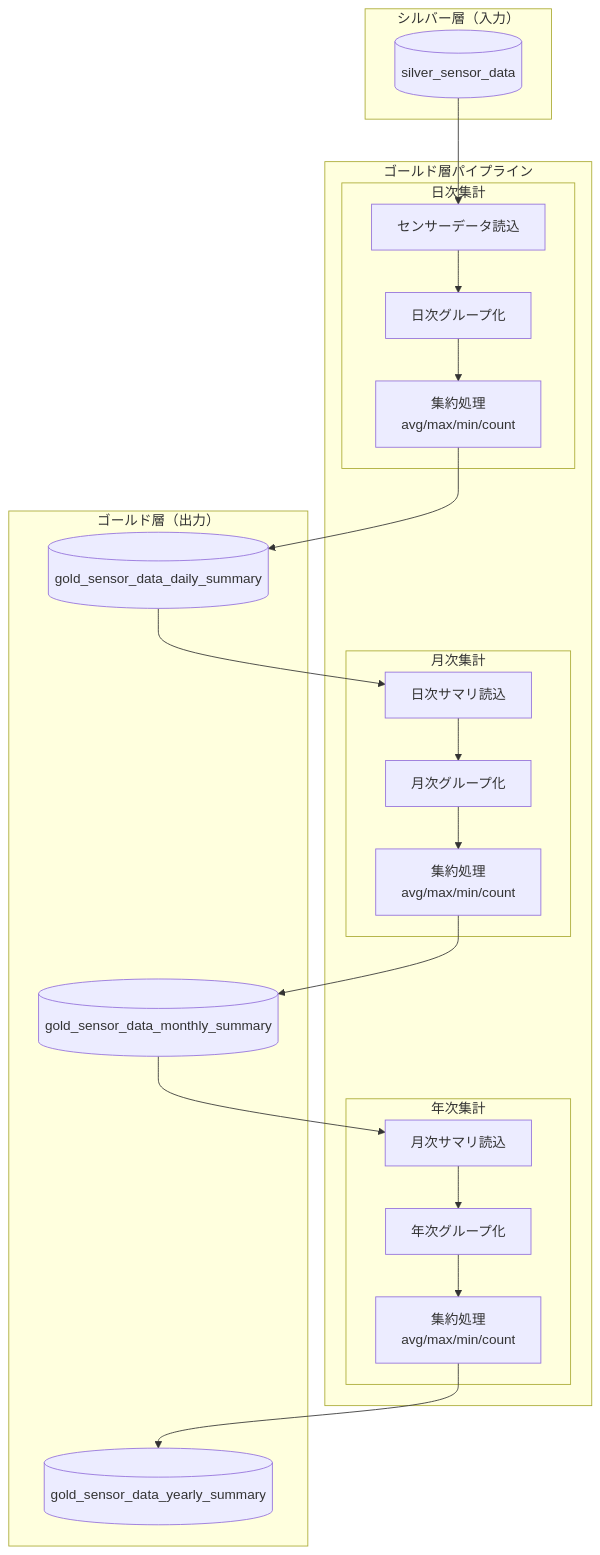
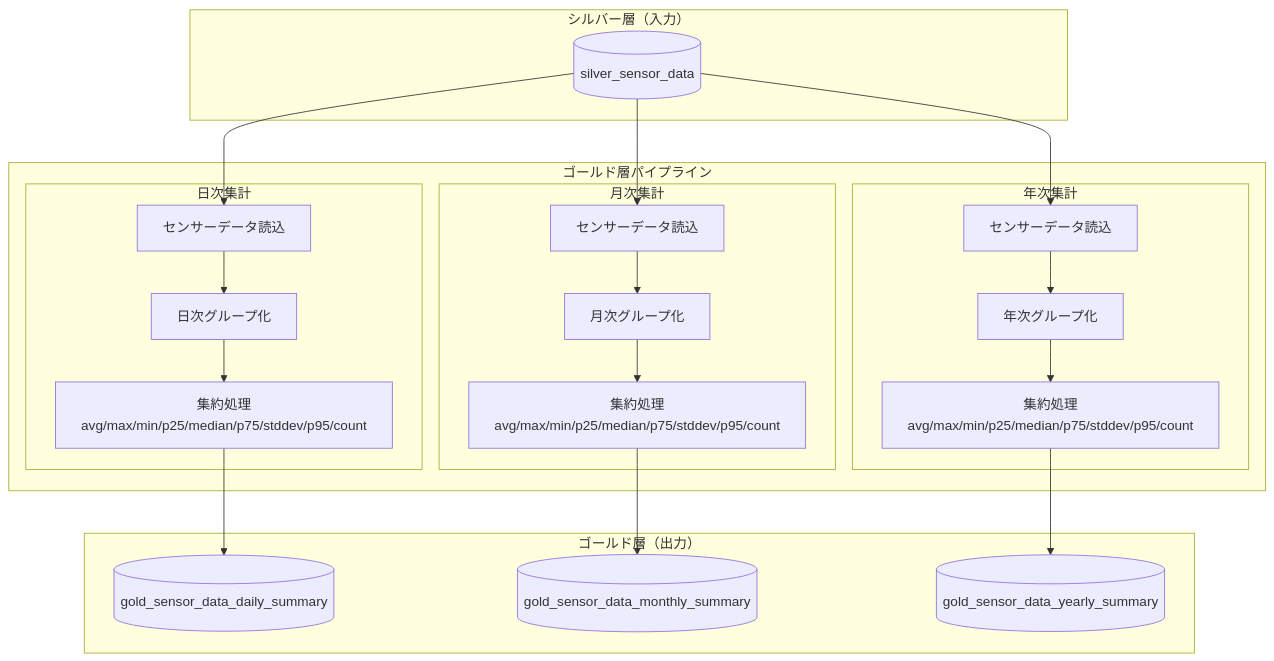
Before and after one commit to NSW-SVCP-AIWG002/Databricks-IoT: the diagram in docs/03-features/ldp-pipeline/gold_layer/README.md, drawn with Mermaid. The commit also changed other lines of this file and 4 other files, not shown here.

````diff
--- a/docs/03-features/ldp-pipeline/gold_layer/README.md
+++ b/docs/03-features/ldp-pipeline/gold_layer/README.md
@@ -117,41 +132,41 @@
 ```mermaid
 flowchart TB
     subgraph Silver["シルバー層（入力）"]
         SensorData[(silver_sensor_data)]
     end
 
     subgraph Pipeline["ゴールド層パイプライン"]
         subgraph Daily["日次集計"]
             D_Read[センサーデータ読込]
             D_Group[日次グループ化]
-            D_Agg[集約処理<br>avg/max/min/count]
+            D_Agg[集約処理<br>avg/max/min/p25/median/p75/stddev/p95/count]
         end
 
         subgraph Monthly["月次集計"]
-            M_Read[日次サマリ読込]
+            M_Read[センサーデータ読込]
             M_Group[月次グループ化]
-            M_Agg[集約処理<br>avg/max/min/count]
+            M_Agg[集約処理<br>avg/max/min/p25/median/p75/stddev/p95/count]
         end
 
         subgraph Yearly["年次集計"]
-            Y_Read[月次サマリ読込]
+            Y_Read[センサーデータ読込]
             Y_Group[年次グループ化]
-            Y_Agg[集約処理<br>avg/max/min/count]
+            Y_Agg[集約処理<br>avg/max/min/p25/median/p75/stddev/p95/count]
         end
     end
 
     subgraph Gold["ゴールド層（出力）"]
         GoldDaily[(gold_sensor_data_daily_summary)]
         GoldMonthly[(gold_sensor_data_monthly_summary)]
         GoldYearly[(gold_sensor_data_yearly_summary)]
     end
 
     SensorData --> D_Read
     D_Read --> D_Group --> D_Agg --> GoldDaily
 
-    GoldDaily --> M_Read
+    SensorData --> M_Read
     M_Read --> M_Group --> M_Agg --> GoldMonthly
 
-    GoldMonthly --> Y_Read
+    SensorData --> Y_Read
     Y_Read --> Y_Group --> Y_Agg --> GoldYearly
 ```
````
